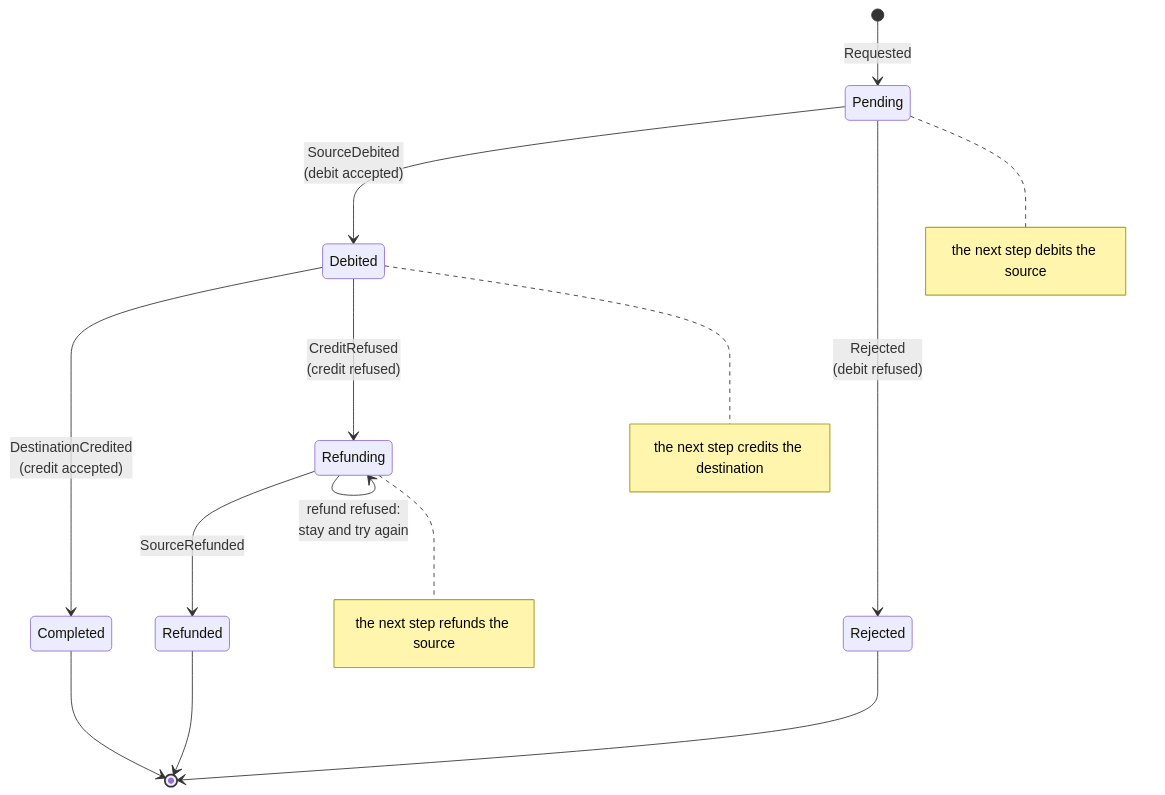
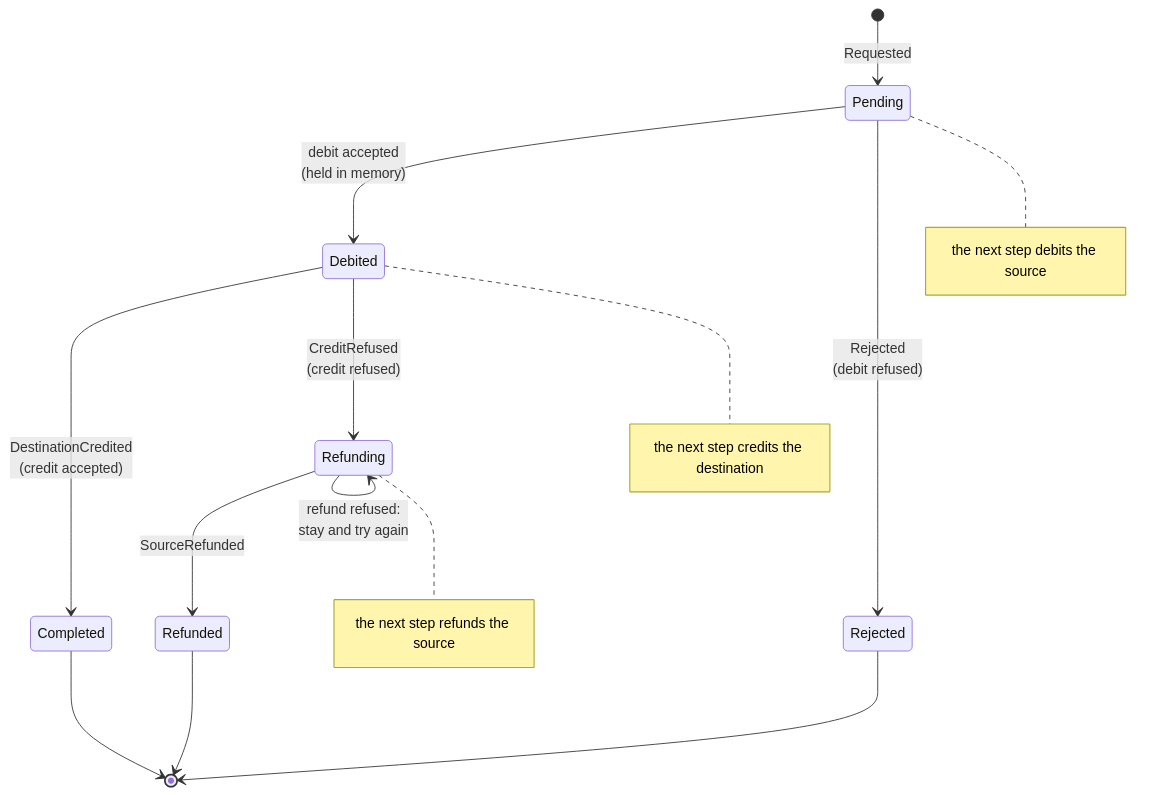
The fourth of 7 diagrams in lark-bank/docs/how-the-bank-works.md (matthewjones372/surefold-bank), drawn with Mermaid before and after one commit. The commit also changed other lines of this file and 12 other files, not shown here.

````diff
--- a/lark-bank/docs/how-the-bank-works.md
+++ b/lark-bank/docs/how-the-bank-works.md
@@ -140,17 +143,17 @@
 ```mermaid
 stateDiagram-v2
     [*] --> Pending: Requested
-    Pending --> Debited: SourceDebited<br/>(debit accepted)
+    Pending --> Debited: debit accepted<br/>(held in memory)
     Pending --> Rejected: Rejected<br/>(debit refused)
     Debited --> Completed: DestinationCredited<br/>(credit accepted)
     Debited --> Refunding: CreditRefused<br/>(credit refused)
     Refunding --> Refunded: SourceRefunded
     Refunding --> Refunding: refund refused:<br/>stay and try again
     Completed --> [*]
     Rejected --> [*]
     Refunded --> [*]
 
     note right of Pending : the next step debits the source
     note right of Debited : the next step credits the destination
     note right of Refunding : the next step refunds the source
 ```
````
